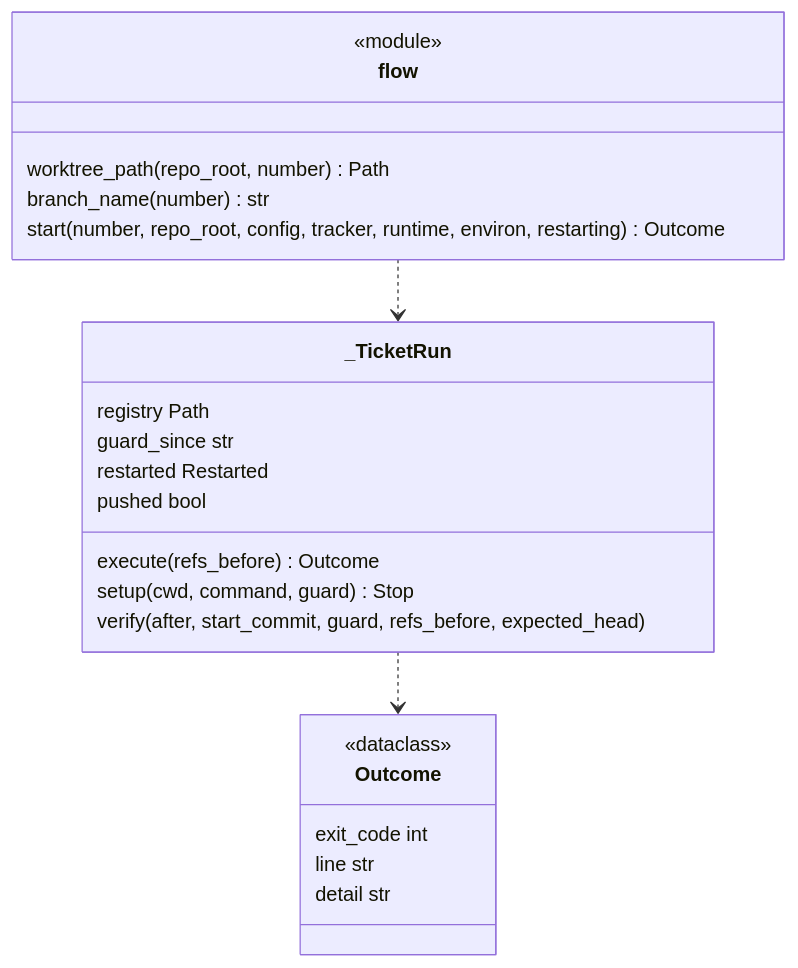
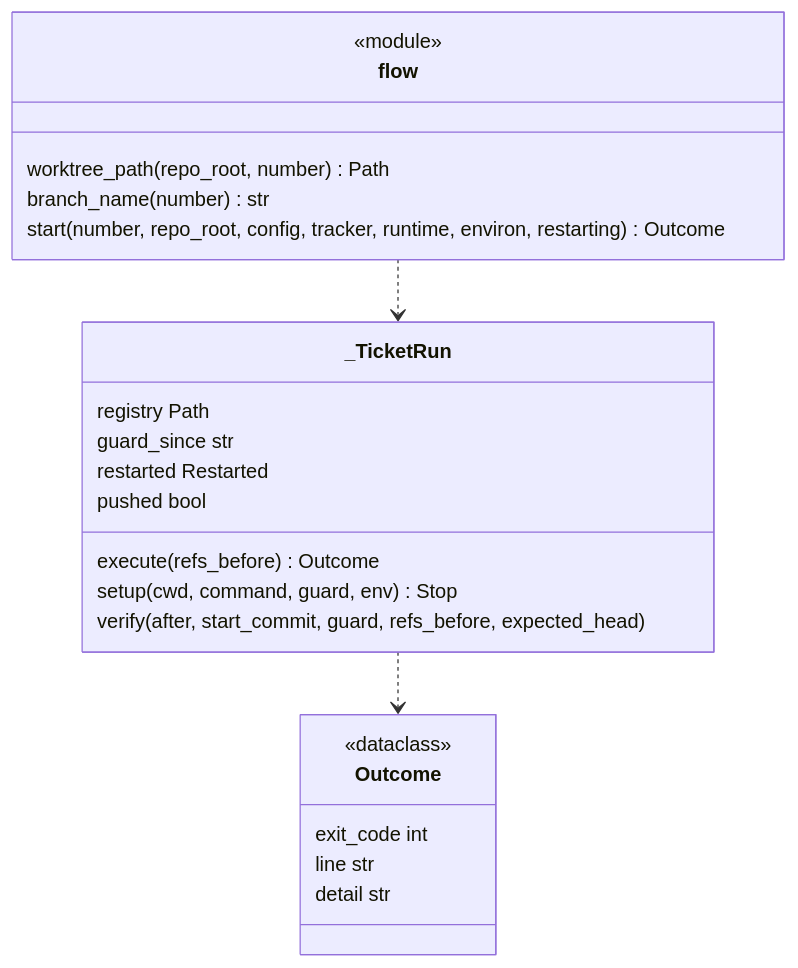
The second of 3 diagrams in docs/architecture/modules/flow.md (plaplanche/ariane), drawn with Mermaid before and after one commit. The commit also changed other lines of this file and 26 other files, not shown here.

````diff
--- a/docs/architecture/modules/flow.md
+++ b/docs/architecture/modules/flow.md
@@ -82,26 +82,26 @@
 ```mermaid
 classDiagram
 class Outcome {
   <<dataclass>>
   exit_code int
   line str
   detail str
 }
 class _TicketRun {
   registry Path
   guard_since str
   restarted Restarted
   pushed bool
   execute(refs_before) Outcome
-  setup(cwd, command, guard) Stop
+  setup(cwd, command, guard, env) Stop
   verify(after, start_commit, guard, refs_before, expected_head)
 }
 class flow {
   <<module>>
   worktree_path(repo_root, number) Path
   branch_name(number) str
   start(number, repo_root, config, tracker, runtime, environ, restarting) Outcome
 }
 flow ..> _TicketRun
 _TicketRun ..> Outcome
 ```
````
